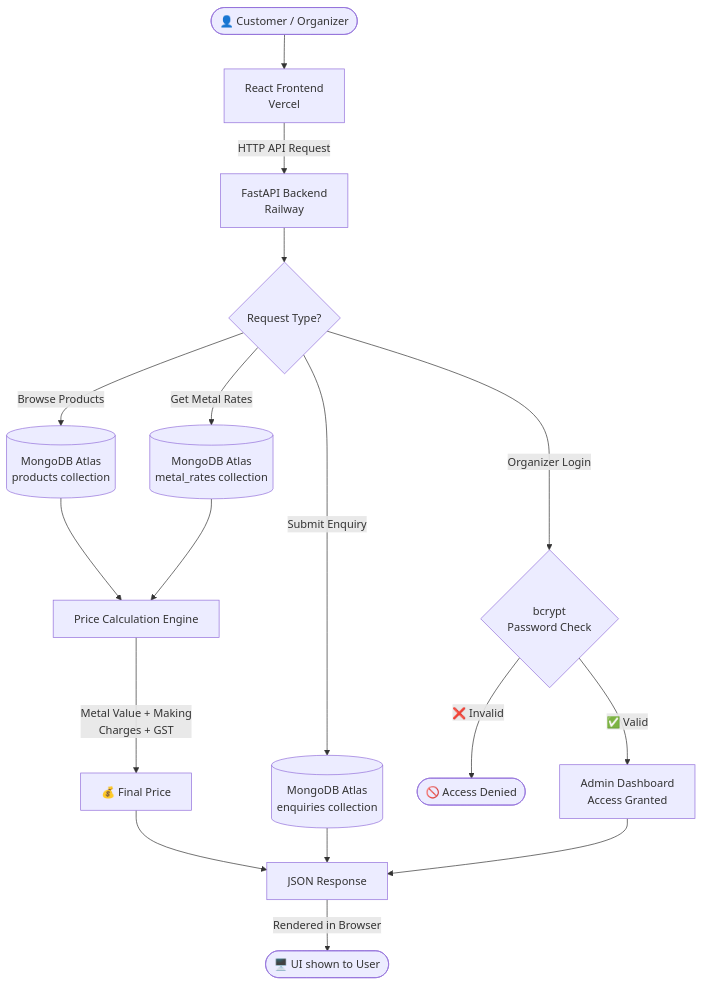
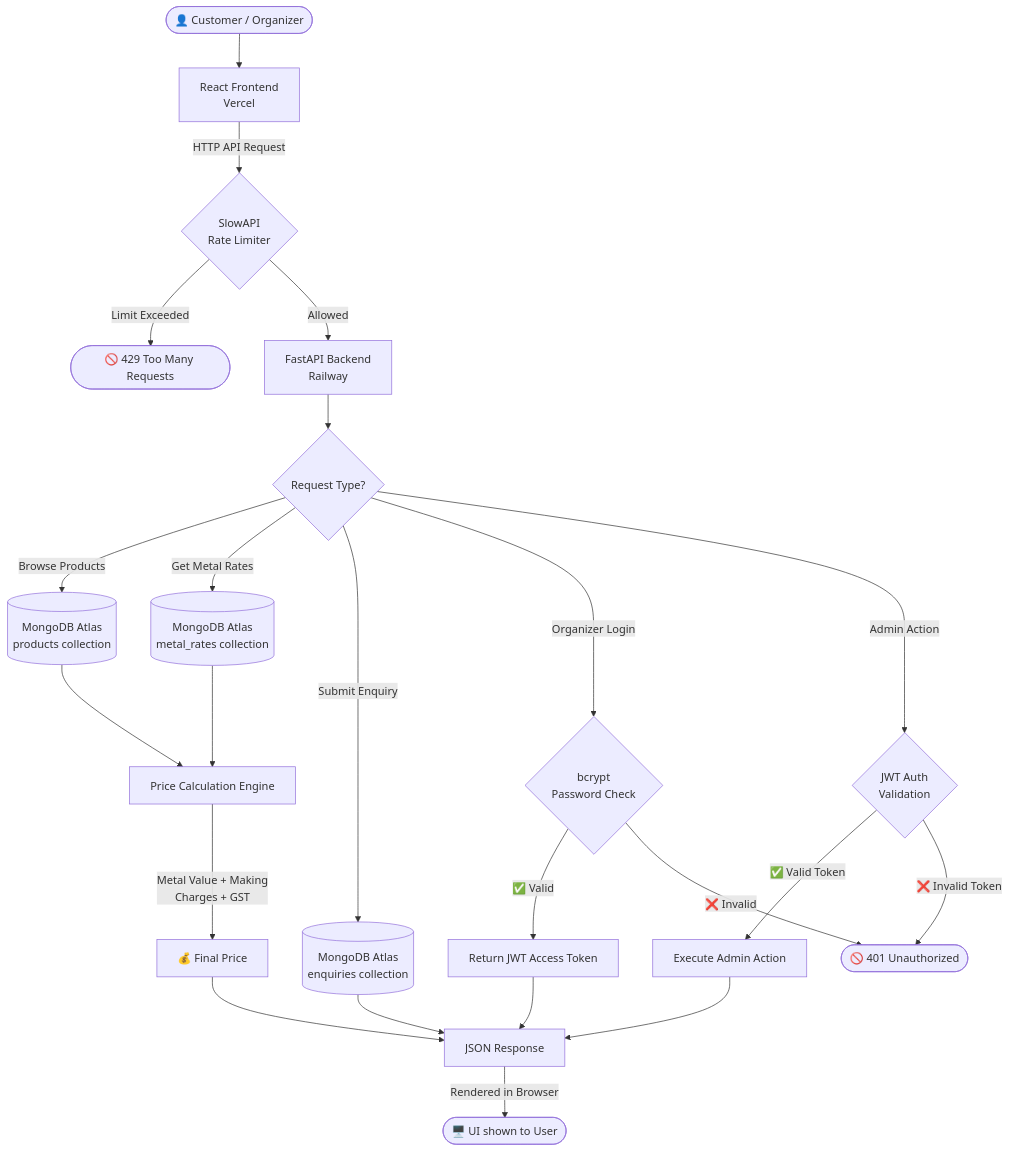
Before and after one commit to abdulsami-S/My-Jewellery: the first of 2 diagrams in README.md, drawn with Mermaid. The commit also changed other lines of this file, not shown here.

Commit message:
updated README with backend architecture, security features, and CI/CD pipeline details

````diff
--- a/README.md
+++ b/README.md
@@ -89,27 +98,34 @@
 ```mermaid
 flowchart TD
     A([👤 Customer / Organizer]) --> B[React Frontend\nVercel]
 
-    B -->|HTTP API Request| C[FastAPI Backend\nRailway]
+    B -->|HTTP API Request| RL{SlowAPI\nRate Limiter}
+    RL -->|Limit Exceeded| RL_R([🚫 429 Too Many Requests])
+    RL -->|Allowed| C[FastAPI Backend\nRailway]
 
     C --> D{Request Type?}
 
     D -->|Browse Products| E[(MongoDB Atlas\nproducts collection)]
     D -->|Get Metal Rates| F[(MongoDB Atlas\nmetal_rates collection)]
     D -->|Submit Enquiry| G[(MongoDB Atlas\nenquiries collection)]
     D -->|Organizer Login| H{bcrypt\nPassword Check}
+    D -->|Admin Action| JWT{JWT Auth\nValidation}
 
-    H -->|✅ Valid| I[Admin Dashboard\nAccess Granted]
-    H -->|❌ Invalid| J([🚫 Access Denied])
+    JWT -->|✅ Valid Token| ADM[Execute Admin Action]
+    JWT -->|❌ Invalid Token| J([🚫 401 Unauthorized])
+
+    H -->|✅ Valid| I[Return JWT Access Token]
+    H -->|❌ Invalid| J
 
     E --> K[Price Calculation Engine]
     F --> K
 
     K -->|Metal Value + Making\nCharges + GST| L[💰 Final Price]
 
     L --> M[JSON Response]
     G --> M
     I --> M
+    ADM --> M
 
     M -->|Rendered in Browser| N([🖥️ UI shown to User])
 ```
````
